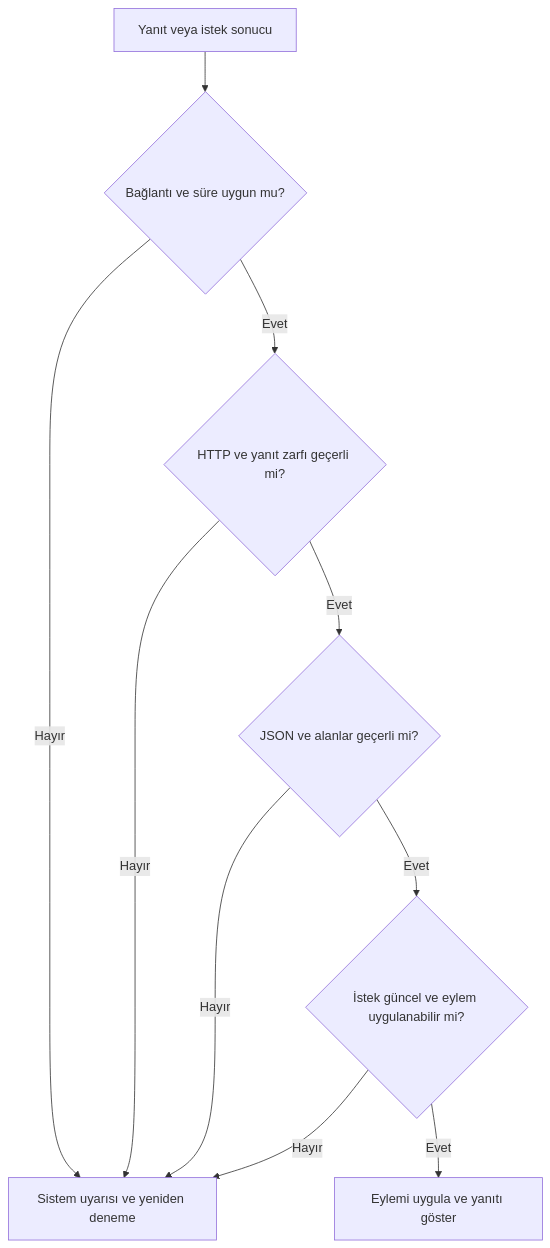
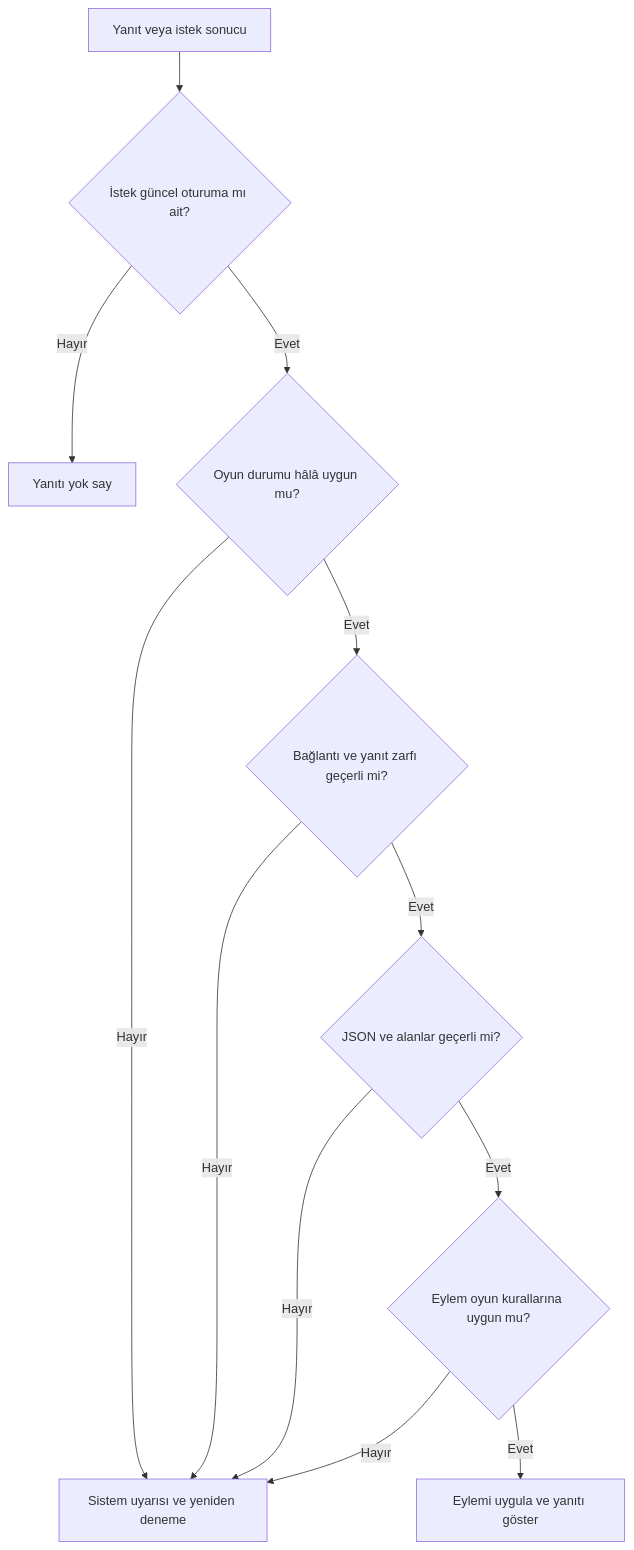
The fifth of 5 diagrams in README.md (cloudzey/EscapeBug), drawn with Mermaid before and after one commit. The commit also changed other lines of this file, not shown here.

````diff
--- a/README.md
+++ b/README.md
@@ -407,12 +407,14 @@
 ```mermaid
 flowchart TD
-    A["Yanıt veya istek sonucu"] --> B{"Bağlantı ve süre uygun mu?"}
-    B -->|Hayır| E["Sistem uyarısı ve yeniden deneme"]
-    B -->|Evet| C{"HTTP ve yanıt zarfı geçerli mi?"}
-    C -->|Hayır| E
-    C -->|Evet| D{"JSON ve alanlar geçerli mi?"}
+    A["Yanıt veya istek sonucu"] --> B{"İstek güncel oturuma mı ait?"}
+    B -->|Hayır| X["Yanıtı yok say"]
+    B -->|Evet| C{"Oyun durumu hâlâ uygun mu?"}
+    C -->|Hayır| E["Sistem uyarısı ve yeniden deneme"]
+    C -->|Evet| D{"Bağlantı ve yanıt zarfı geçerli mi?"}
     D -->|Hayır| E
-    D -->|Evet| F{"İstek güncel ve eylem uygulanabilir mi?"}
+    D -->|Evet| F{"JSON ve alanlar geçerli mi?"}
     F -->|Hayır| E
-    F -->|Evet| G["Eylemi uygula ve yanıtı göster"]
+    F -->|Evet| G{"Eylem oyun kurallarına uygun mu?"}
+    G -->|Hayır| E
+    G -->|Evet| H["Eylemi uygula ve yanıtı göster"]
 ```
````
